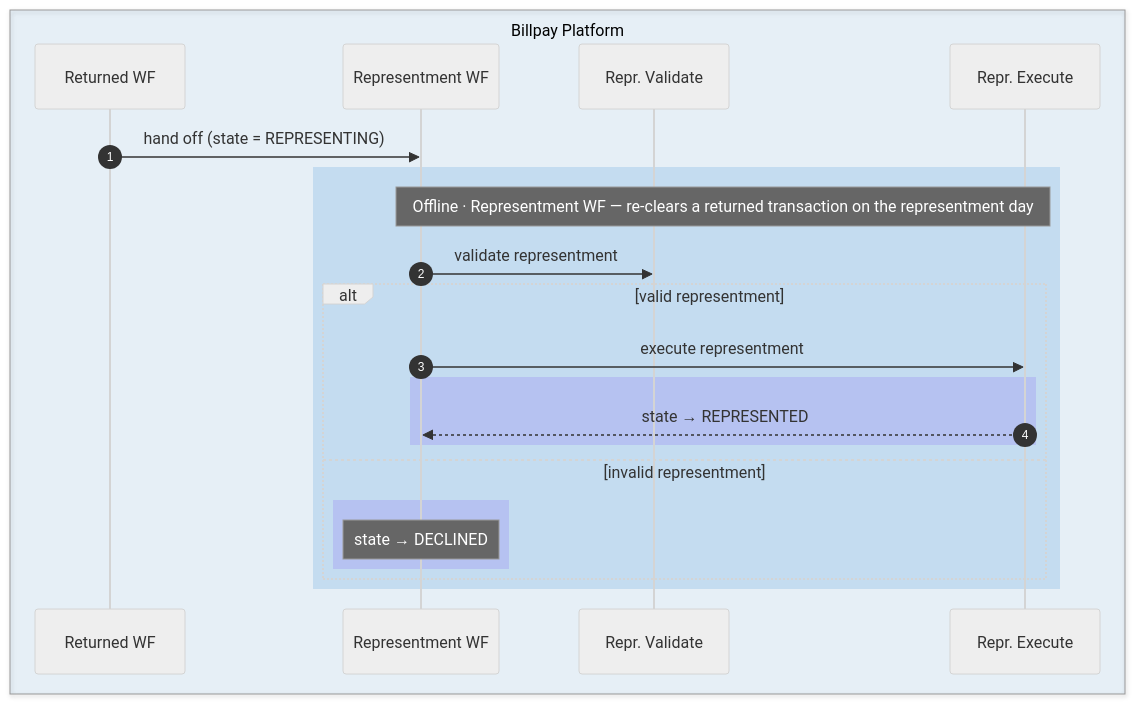
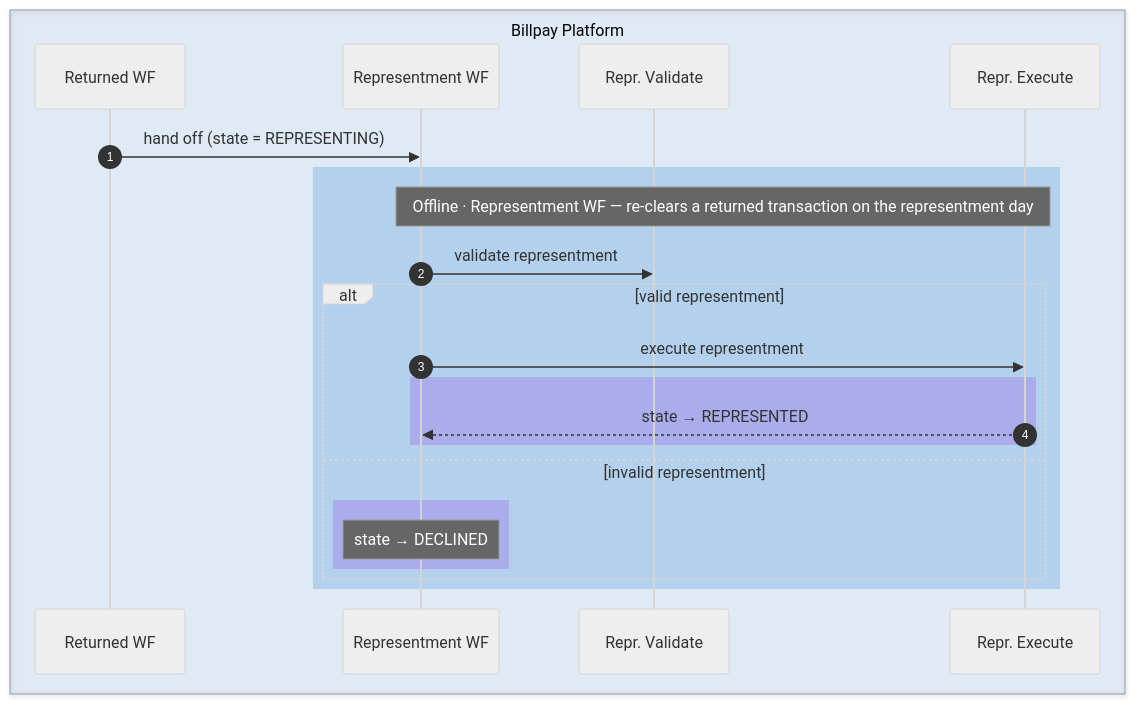
Before and after one commit to arunav-bhattacharya/billpay-book: the eighth of 12 diagrams in website/docs/design/diagrams/sequence-diagram.md, drawn with Mermaid (neutral theme). The commit also changed other lines of this file and 4 other files, not shown here.

First line of the commit message:
Polish: system-map depth ramp + brighter sequence-diagram palette

````diff
--- a/website/docs/design/diagrams/sequence-diagram.md
+++ b/website/docs/design/diagrams/sequence-diagram.md
@@ -569,28 +569,28 @@
 ```mermaid
 sequenceDiagram
   autonumber
 
-  box rgba(0,111,207,0.08) Billpay Platform
+  box rgba(1,111,208,0.1) Billpay Platform
     participant PR as Returned WF
     participant PRP as Representment WF
     participant PRRV as Repr. Validate
     participant PRRX as Repr. Execute
   end
 
   PR->>PRP: hand off (state = REPRESENTING)
 
-  rect rgba(0,111,207,0.15)
+  rect rgba(1,111,208,0.2)
     Note over PRP,PRRX: Offline · Representment WF — re-clears a returned transaction on the representment day
     PRP->>PRRV: validate representment
     alt valid representment
       PRP->>PRRX: execute representment
-      rect rgba(124,92,246,0.2)
+      rect rgba(150,75,232,0.28)
         PRRX-->>PRP: state → REPRESENTED
       end
     else invalid representment
-      rect rgba(124,92,246,0.2)
+      rect rgba(150,75,232,0.28)
         Note over PRP: state → DECLINED
       end
     end
   end
 ```
````
